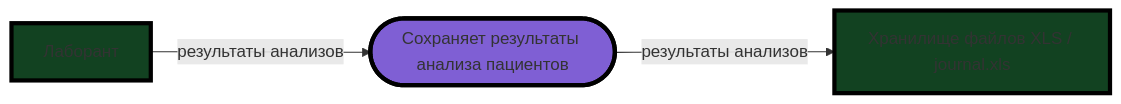
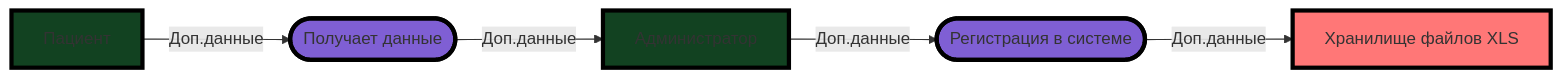
The seventh of 9 diagrams in Task_1/Readme.md (belyaev-a-g/architecture-medikamente), drawn with Mermaid before and after one commit. The commit also changed other lines of this file, not shown here.

````diff
--- a/Task_1/Readme.md
+++ b/Task_1/Readme.md
@@ -112,10 +116,12 @@
 ```mermaid
 flowchart LR
     classDef action fill:#7F5FD4, stroke:#000, stroke-width:4px
     classDef entity fill:#124221, stroke:#000, stroke-width:4px
-    
-    xls_share[Хранилище файлов XLS / journal.xls]:::entity
-    edit([Сохраняет результаты анализа пациентов]):::action
-    doctor[Лаборант]:::entity    
-    doctor--"результаты анализов"--> edit--"результаты анализов"--> xls_share
+    classDef share fill:#FF7777 , stroke:#000, stroke-width:4px
+    pacient[Пациент]:::entity
+    admin[Администратор]:::entity
+    xls_share[Хранилище файлов XLS]:::share
+    register([Регистрация в системе]):::action
+    get([Получает данные]):::action
+    pacient--"Доп.данные"--> get--"Доп.данные"--> admin --"Доп.данные"--> register--"Доп.данные"-->xls_share    
 ```
````
